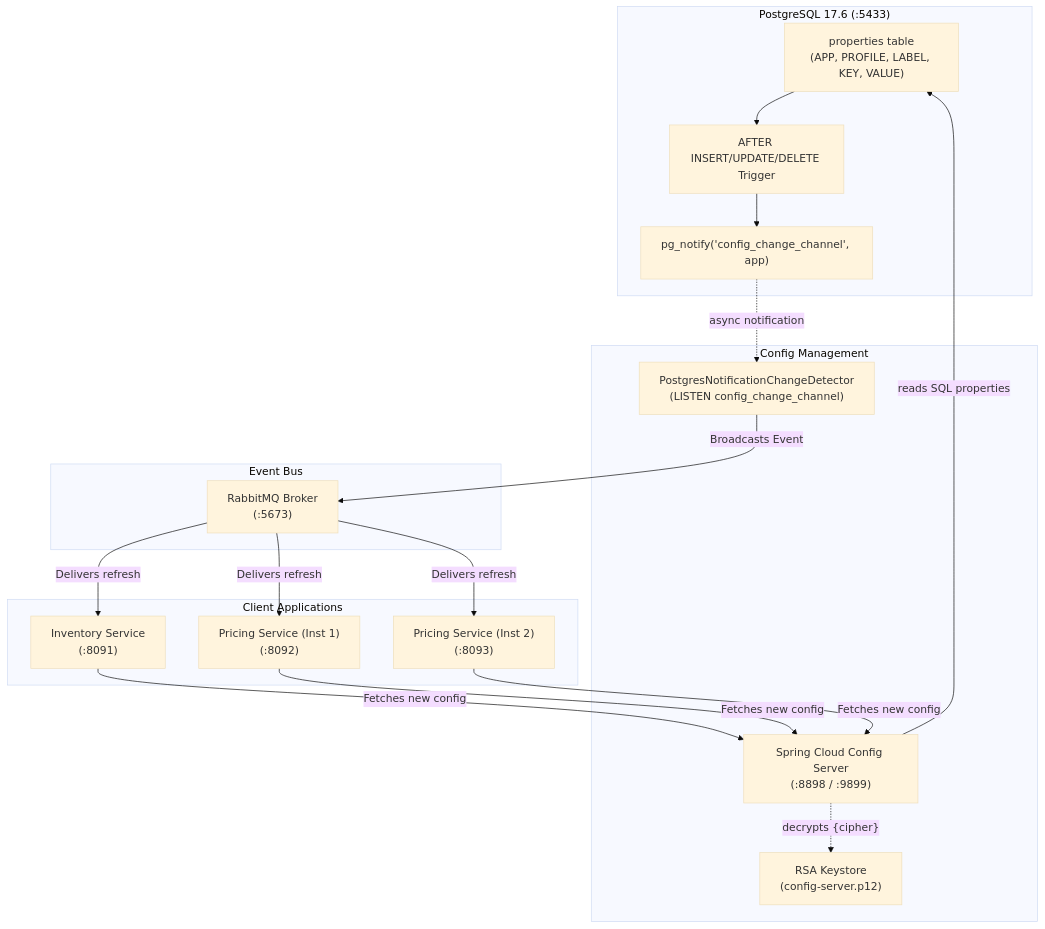
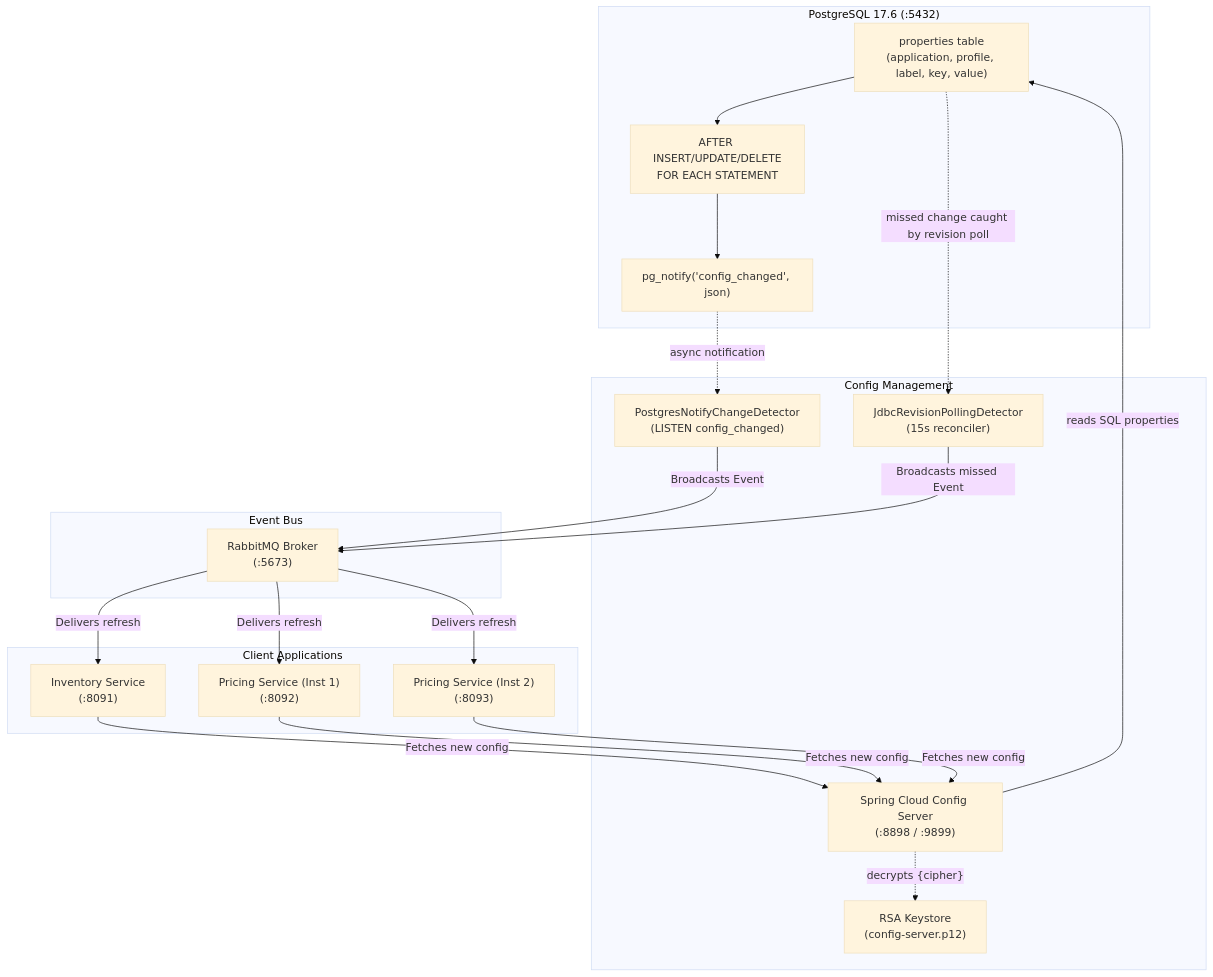
The first of 4 diagrams in version-b-jdbc/README.md (kirankumarhm/springboot-config-server-external-properties-demo), drawn with Mermaid (base theme) before and after one commit. The commit also changed other lines of this file and 4 other files, not shown here.

````diff
--- a/version-b-jdbc/README.md
+++ b/version-b-jdbc/README.md
@@ -16,36 +18,39 @@
 ```mermaid
 graph TD
-    subgraph Database["PostgreSQL 17.6 (:5433)"]
-        Table["properties table<br/>(APP, PROFILE, LABEL, KEY, VALUE)"]
-        Trigger["AFTER INSERT/UPDATE/DELETE Trigger"]
-        PGNotify["pg_notify('config_change_channel', app)"]
+    subgraph Database["PostgreSQL 17.6 (:5432)"]
+        Table["properties table<br/>(application, profile, label, key, value)"]
+        Trigger["AFTER INSERT/UPDATE/DELETE<br/>FOR EACH STATEMENT"]
+        PGNotify["pg_notify('config_changed', json)"]
         Table --> Trigger --> PGNotify
     end
 
     subgraph ConfigLayer["Config Management"]
         CS["Spring Cloud Config Server<br/>(:8898 / :9899)"]
-        Detector["PostgresNotificationChangeDetector<br/>(LISTEN config_change_channel)"]
+        Detector["PostgresNotifyChangeDetector<br/>(LISTEN config_changed)"]
+        Poller["JdbcRevisionPollingDetector<br/>(15s reconciler)"]
         Keystore["RSA Keystore<br/>(config-server.p12)"]
         PGNotify -. async notification .-> Detector
+        Table -. missed change caught by revision poll .-> Poller
         CS -. decrypts {cipher} .-> Keystore
         CS -- reads SQL properties --> Table
     end
 
     subgraph Messaging["Event Bus"]
         RabbitMQ["RabbitMQ Broker<br/>(:5673)"]
     end
 
     subgraph Microservices["Client Applications"]
         Inv["Inventory Service<br/>(:8091)"]
         Prc1["Pricing Service (Inst 1)<br/>(:8092)"]
         Prc2["Pricing Service (Inst 2)<br/>(:8093)"]
     end
 
     Detector -- "Broadcasts Event" --> RabbitMQ
+    Poller -- "Broadcasts missed Event" --> RabbitMQ
     RabbitMQ -- "Delivers refresh" --> Inv
     RabbitMQ -- "Delivers refresh" --> Prc1
     RabbitMQ -- "Delivers refresh" --> Prc2
     Inv -- "Fetches new config" --> CS
     Prc1 -- "Fetches new config" --> CS
     Prc2 -- "Fetches new config" --> CS
 ```
````
